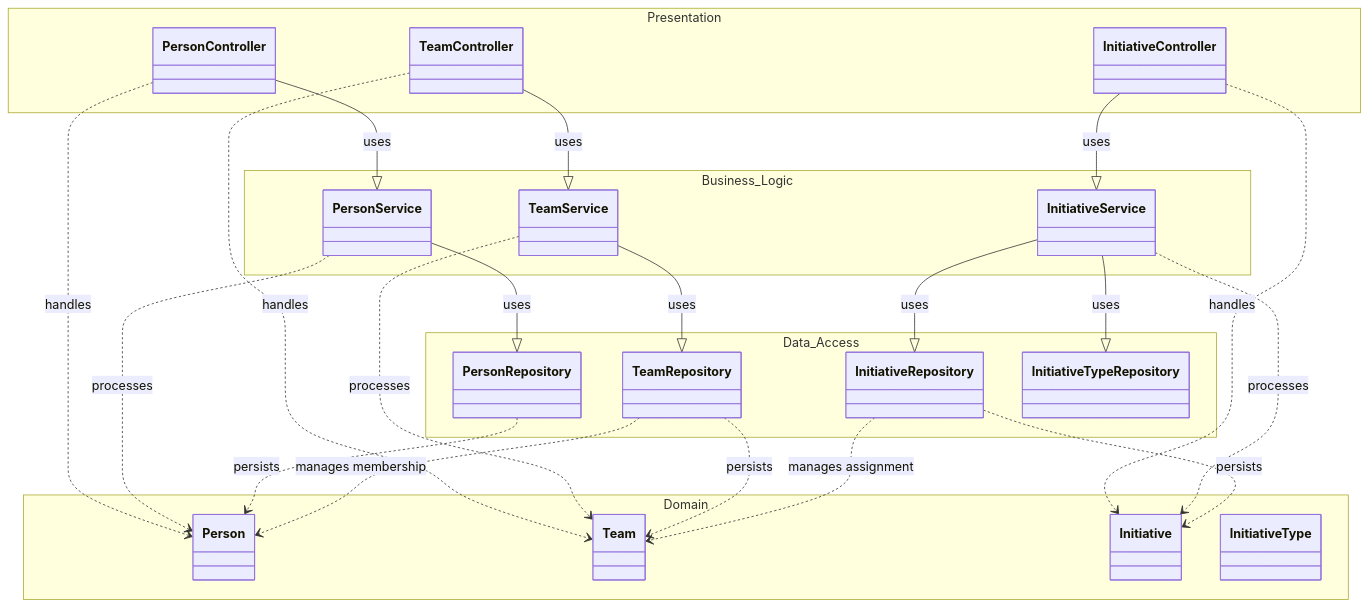
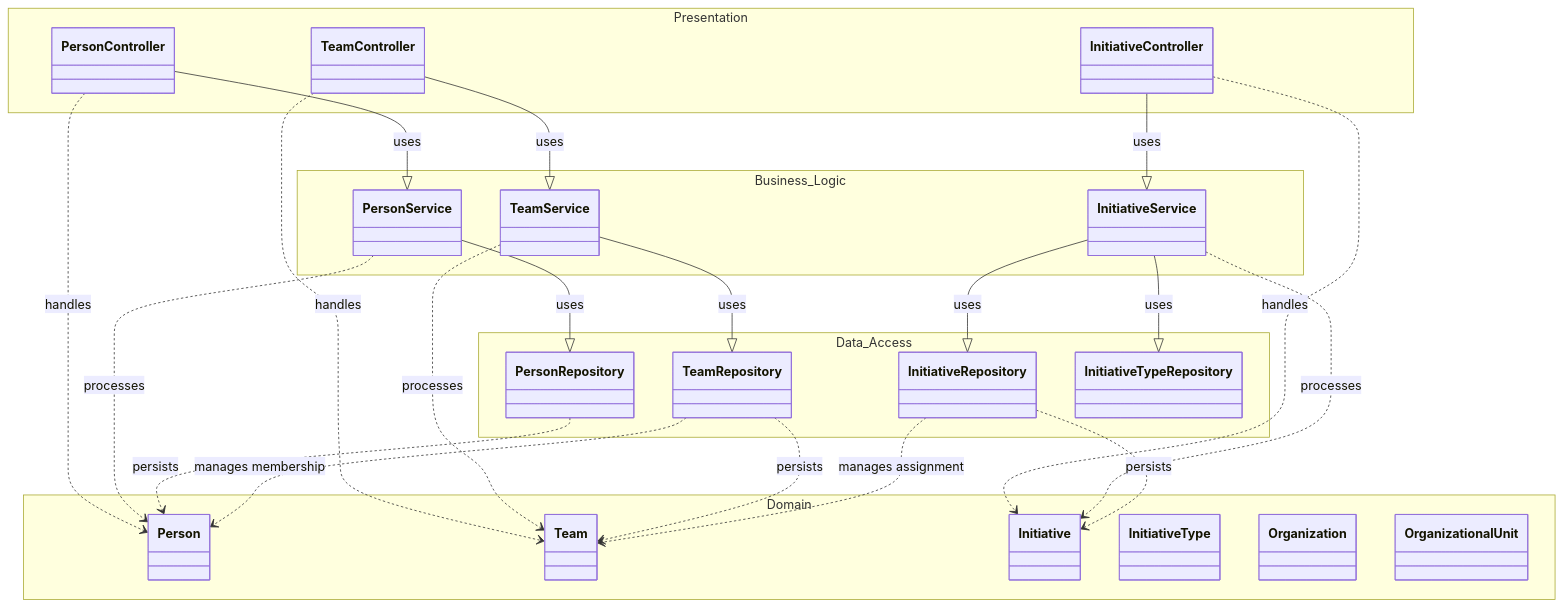
Before and after one commit to The-Band-Solution/eo_lib: the second of 4 diagrams in docs/sdd.md, drawn with Mermaid. The commit also changed other lines of this file and 2 other files, not shown here.

First line of the commit message:
docs: align documentation with Organization/Unit implementation

````diff
--- a/docs/sdd.md
+++ b/docs/sdd.md
@@ -152,54 +185,56 @@
 ```mermaid
 classDiagram
     %% Layers
     namespace Presentation {
         class PersonController
         class TeamController
         class InitiativeController
     }
     
     namespace Business_Logic {
         class PersonService
         class TeamService
         class InitiativeService
     }
     
     namespace Data_Access {
         class PersonRepository
         class TeamRepository
         class InitiativeRepository
         class InitiativeTypeRepository
     }
     
     namespace Domain {
         class Person
         class Team
         class Initiative
         class InitiativeType
+        class Organization
+        class OrganizationalUnit
     }
 
     %% Dependencies
     PersonController --|> PersonService : uses
     TeamController --|> TeamService : uses
     InitiativeController --|> InitiativeService : uses
     
     PersonService --|> PersonRepository : uses
     TeamService --|> TeamRepository : uses
     InitiativeService --|> InitiativeRepository : uses
     InitiativeService --|> InitiativeTypeRepository : uses
 
     %% Entities flow through all layers
     PersonController ..> Person : handles
     PersonService ..> Person : processes
     PersonRepository ..> Person : persists
 
     TeamController ..> Team : handles
     TeamService ..> Team : processes
     TeamRepository ..> Team : persists
     TeamRepository ..> Person : manages membership
 
     InitiativeController ..> Initiative : handles
     InitiativeService ..> Initiative : processes
     InitiativeRepository ..> Initiative : persists
     InitiativeRepository ..> Team : manages assignment
 ```
````
